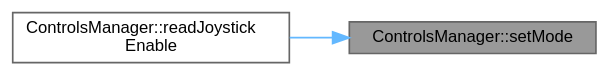
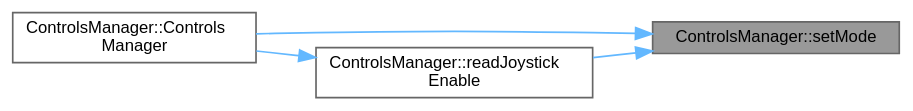
Before and after one commit to SEAME-pt/2024-2025-HotWheels: the diagram in docs/classControlsManager_aa925f92fc442ed25200f3bcd0df3d08a_icgraph.dot, drawn with Graphviz. The commit also changed 1261 other files, not shown here.

```diff
--- a/docs/classControlsManager_aa925f92fc442ed25200f3bcd0df3d08a_icgraph.dot
+++ b/docs/classControlsManager_aa925f92fc442ed25200f3bcd0df3d08a_icgraph.dot
@@ -1,11 +1,14 @@
 digraph "ControlsManager::setMode"
 {
  // LATEX_PDF_SIZE
   bgcolor="transparent";
   edge [fontname=Helvetica,fontsize=10,labelfontname=Helvetica,labelfontsize=10];
   node [fontname=Helvetica,fontsize=10,shape=box,height=0.2,width=0.4];
   rankdir="RL";
   Node1 [id="Node000001",label="ControlsManager::setMode",height=0.2,width=0.4,color="gray40", fillcolor="grey60", style="filled", fontcolor="black",tooltip="Sets the driving mode."];
   Node1 -> Node2 [id="edge1_Node000001_Node000002",dir="back",color="steelblue1",style="solid",tooltip=" "];
-  Node2 [id="Node000002",label="ControlsManager::readJoystick\lEnable",height=0.2,width=0.4,color="grey40", fillcolor="white", style="filled",URL="$classControlsManager.html#a054951ef02cff415b8383706df4f2318",tooltip="Reads joystick enable status."];
+  Node2 [id="Node000002",label="ControlsManager::Controls\lManager",height=0.2,width=0.4,color="grey40", fillcolor="white", style="filled",URL="$classControlsManager.html#ad305d285479c3ce10e8a7eb70845db5f",tooltip="Constructs a ControlsManager object."];
+  Node1 -> Node3 [id="edge2_Node000001_Node000003",dir="back",color="steelblue1",style="solid",tooltip=" "];
+  Node3 [id="Node000003",label="ControlsManager::readJoystick\lEnable",height=0.2,width=0.4,color="grey40", fillcolor="white", style="filled",URL="$classControlsManager.html#a054951ef02cff415b8383706df4f2318",tooltip="Reads joystick enable status."];
+  Node3 -> Node2 [id="edge3_Node000003_Node000002",dir="back",color="steelblue1",style="solid",tooltip=" "];
 }
```
